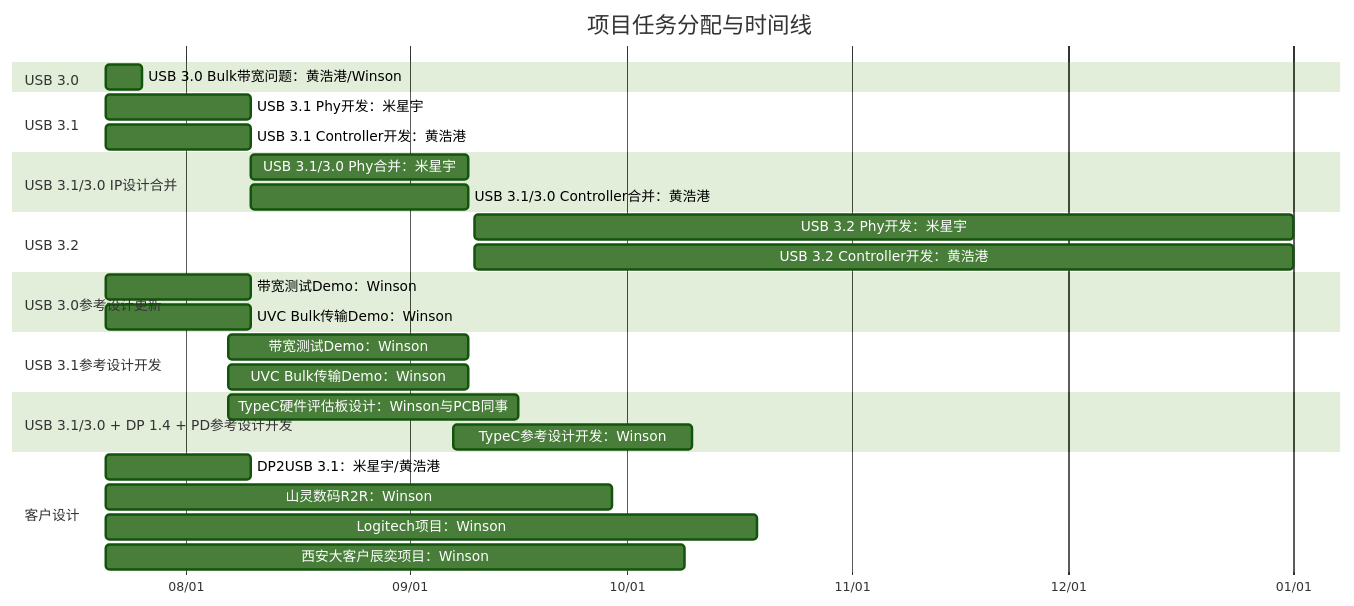
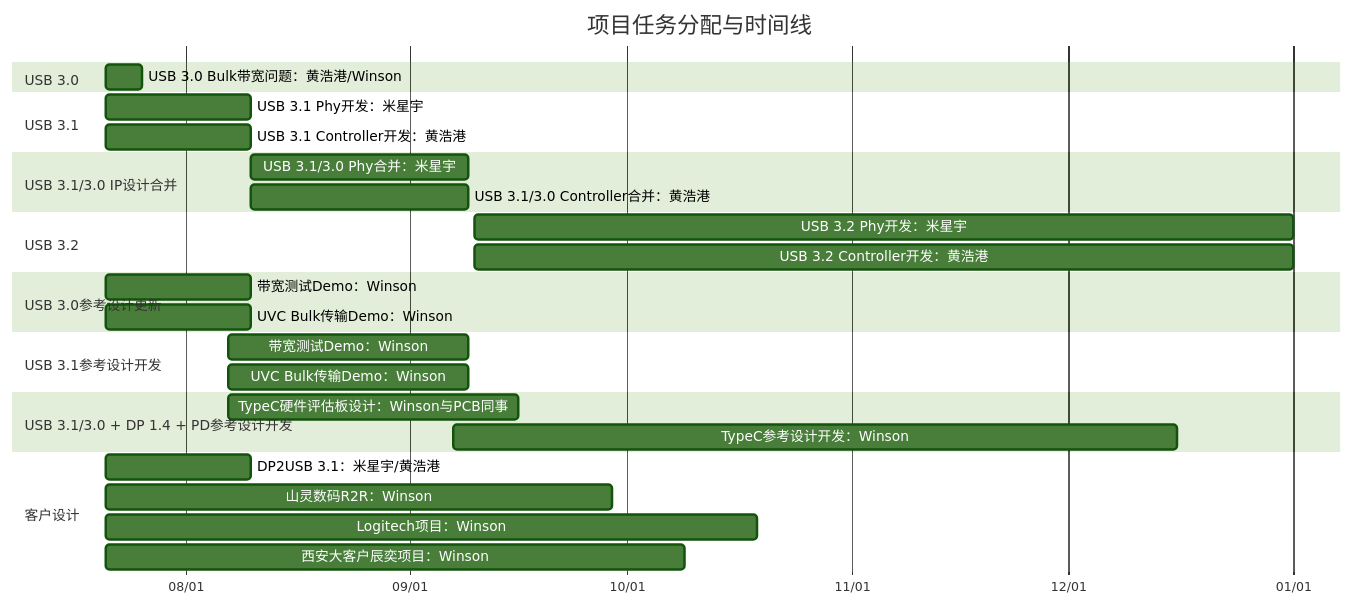
The diagram in all/未命名.md (winsonbook/iodraw-files), drawn with Mermaid (forest theme) before and after one commit.

Commit message:
2025-07-21 10:21:55 update

````diff
--- a/all/未命名.md
+++ b/all/未命名.md
@@ -1,39 +1,39 @@
 ```mermaid
 gantt
     title 项目任务分配与时间线
     dateFormat  YYYY-MM-DD
     axisFormat  %m/%d
 
     section USB 3.0
     USB 3.0 Bulk带宽问题：黄浩港/Winson   :    task1, 2025-07-21, 5d
 
     section USB 3.1
     USB 3.1 Phy开发：米星宇      :         task2, 2025-07-21, 20d
     USB 3.1 Controller开发：黄浩港      :  task3, 2025-07-21, 20d
 
     section USB 3.1/3.0 IP设计合并
     USB 3.1/3.0 Phy合并：米星宇       :    task4, 2025-08-10, 30d
     USB 3.1/3.0 Controller合并：黄浩港:    task5, 2025-08-10, 30d
 
     section USB 3.2
     USB 3.2 Phy开发：米星宇      :         task2, 2025-09-10, 113d
     USB 3.2 Controller开发：黄浩港      :  task3, 2025-09-10, 113d
 
     section USB 3.0参考设计更新
     带宽测试Demo：Winson       :         task6, 2025-07-21, 20d
     UVC Bulk传输Demo：Winson   :        task7, 2025-07-21, 20d
 
     section USB 3.1参考设计开发
     带宽测试Demo：Winson       :         task8, 2025-08-07, 33d
     UVC Bulk传输Demo：Winson   :         task9, 2025-08-07, 33d
 
     section USB 3.1/3.0 + DP 1.4 + PD参考设计开发
     TypeC硬件评估板设计：Winson与PCB同事       :         task10, 2025-08-07, 40d
-    TypeC参考设计开发：Winson   :         task11, 2025-09-07, 33d
+    TypeC参考设计开发：Winson   :         task11, 2025-09-07, 100d
 
     section 客户设计
     DP2USB 3.1：米星宇/黄浩港      :task12, 2025-07-21, 20d
     山灵数码R2R：Winson :             task13, 2025-07-21, 70d
     Logitech项目：Winson :            task14, 2025-07-21, 90d
     西安大客户辰奕项目：Winson :       task15, 2025-07-21, 80d
 ```
````
